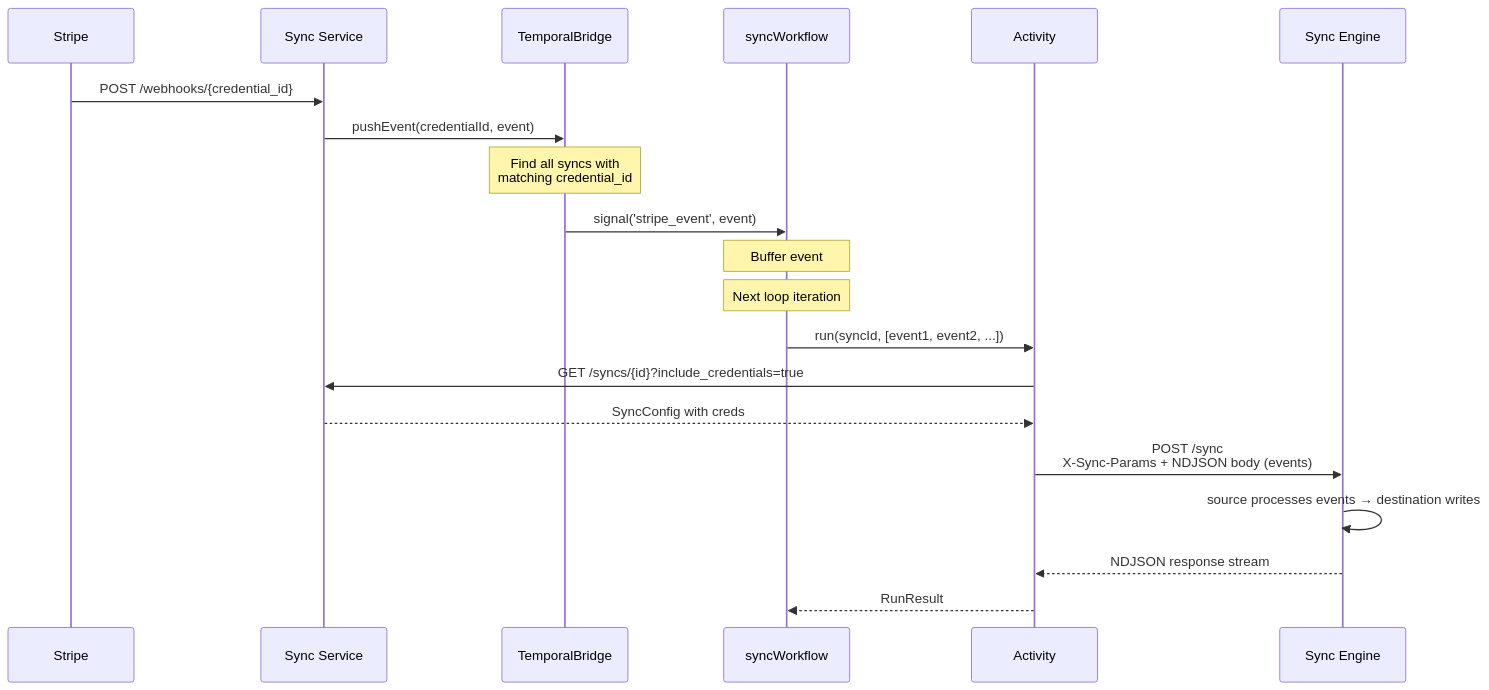
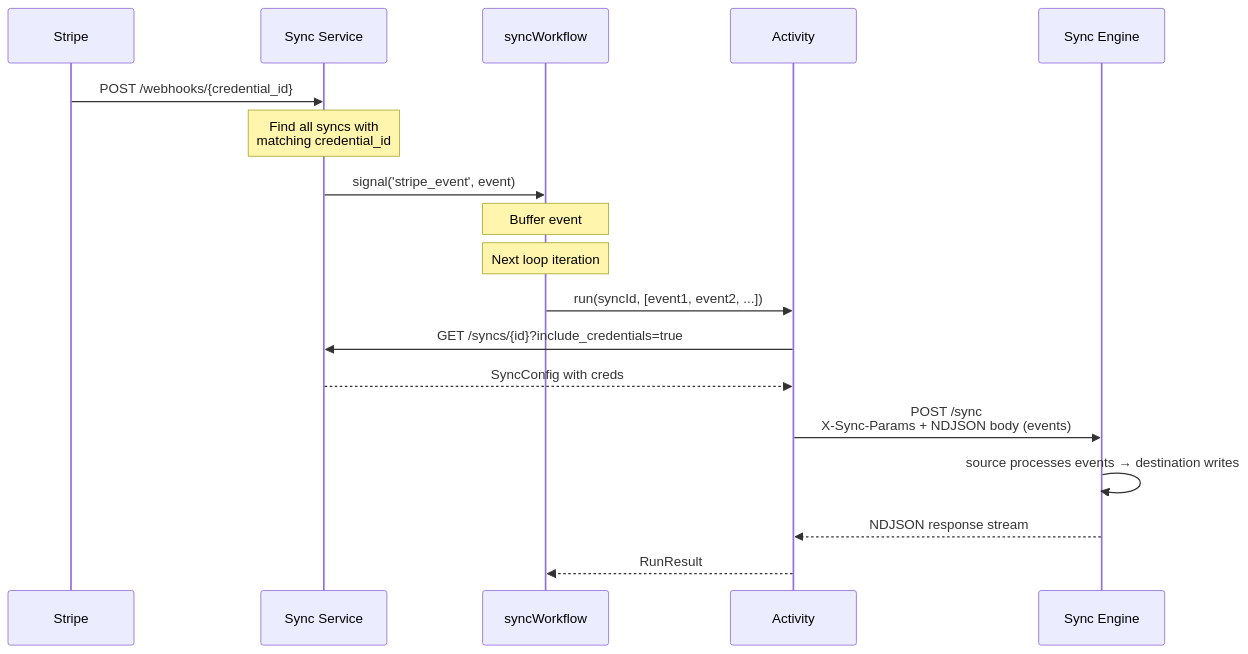
Before and after one commit to supabase/stripe-sync-engine: the third of 5 diagrams in docs/pages/service/temporal.md, drawn with Mermaid. The commit also changed other lines of this file and 49 other files, not shown here.

First line of the commit message:
docs: remove TemporalBridge as a named concept

````diff
--- a/docs/pages/service/temporal.md
+++ b/docs/pages/service/temporal.md
@@ -113,27 +106,23 @@
 ```mermaid
 sequenceDiagram
     participant Stripe
     participant Service as Sync Service
-    participant Bridge as TemporalBridge
     participant Workflow as syncWorkflow
     participant Activity
     participant Engine as Sync Engine
 
     Stripe->>Service: POST /webhooks/{credential_id}
-    Service->>Bridge: pushEvent(credentialId, event)
-
-    Note over Bridge: Find all syncs with<br/>matching credential_id
-
-    Bridge->>Workflow: signal('stripe_event', event)
+    Note over Service: Find all syncs with<br/>matching credential_id
+    Service->>Workflow: signal('stripe_event', event)
     Note over Workflow: Buffer event
 
     Note over Workflow: Next loop iteration
 
     Workflow->>Activity: run(syncId, [event1, event2, ...])
     Activity->>Service: GET /syncs/{id}?include_credentials=true
     Service-->>Activity: SyncConfig with creds
     Activity->>Engine: POST /sync<br/>X-Sync-Params + NDJSON body (events)
     Engine->>Engine: source processes events → destination writes
     Engine-->>Activity: NDJSON response stream
     Activity-->>Workflow: RunResult
 ```
````
